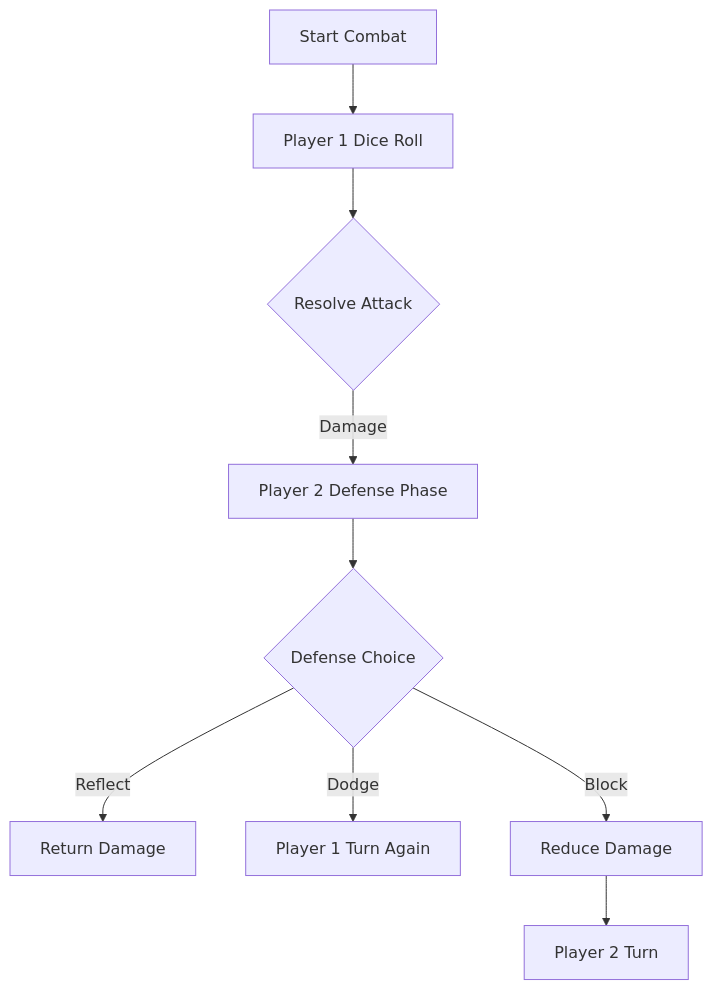
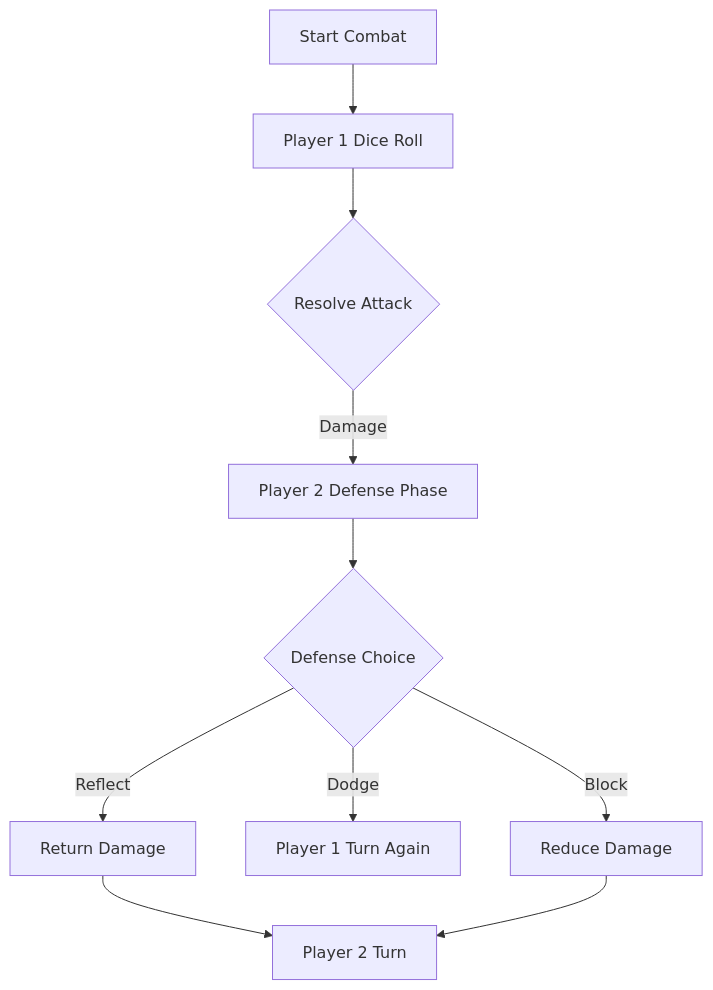
Before and after one commit to DoyeDesigns/stake-wars: the diagram in README.md, drawn with Mermaid.

Commit message:
adjusted README

````diff
--- a/README.md
+++ b/README.md
@@ -48,11 +48,12 @@
 ```mermaid
 graph TD
     A[Start Combat] --> B[Player 1 Dice Roll]
     B --> C{Resolve Attack}
     C -->|Damage| D[Player 2 Defense Phase]
     D --> E{Defense Choice}
     E -->|Reflect| F[Return Damage]
+    F --> I[Player 2 Turn]
     E -->|Dodge| G[Player 1 Turn Again]
     E -->|Block| H[Reduce Damage]
     H --> I[Player 2 Turn]
 ```
````
